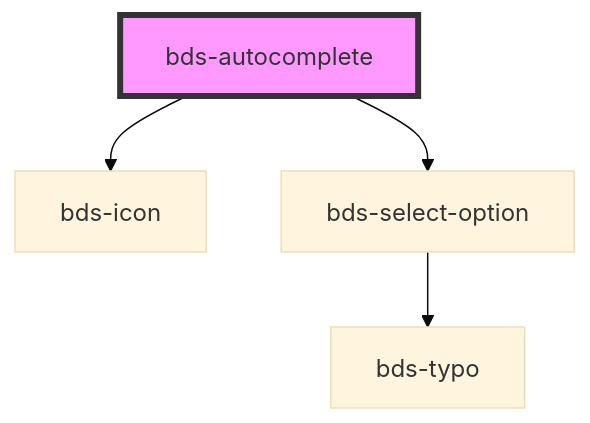
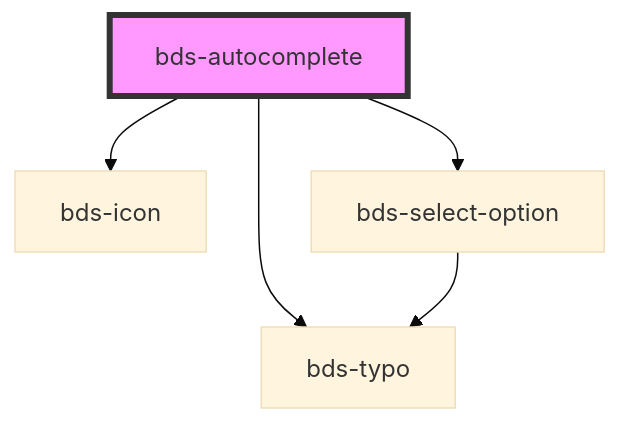
One commit to takenet/blip-ds changed the diagram in src/components/autocomplete/readme.md. Above: the diagram before and after it, drawn with Mermaid (base theme). The commit also changed other lines of this file and 3 other files, not shown here.

````diff
--- a/src/components/autocomplete/readme.md
+++ b/src/components/autocomplete/readme.md
@@ -46,7 +47,8 @@
 ```mermaid
 graph TD;
   bds-autocomplete --> bds-icon
+  bds-autocomplete --> bds-typo
   bds-autocomplete --> bds-select-option
   bds-select-option --> bds-typo
   style bds-autocomplete fill:#f9f,stroke:#333,stroke-width:4px
 ```
````
